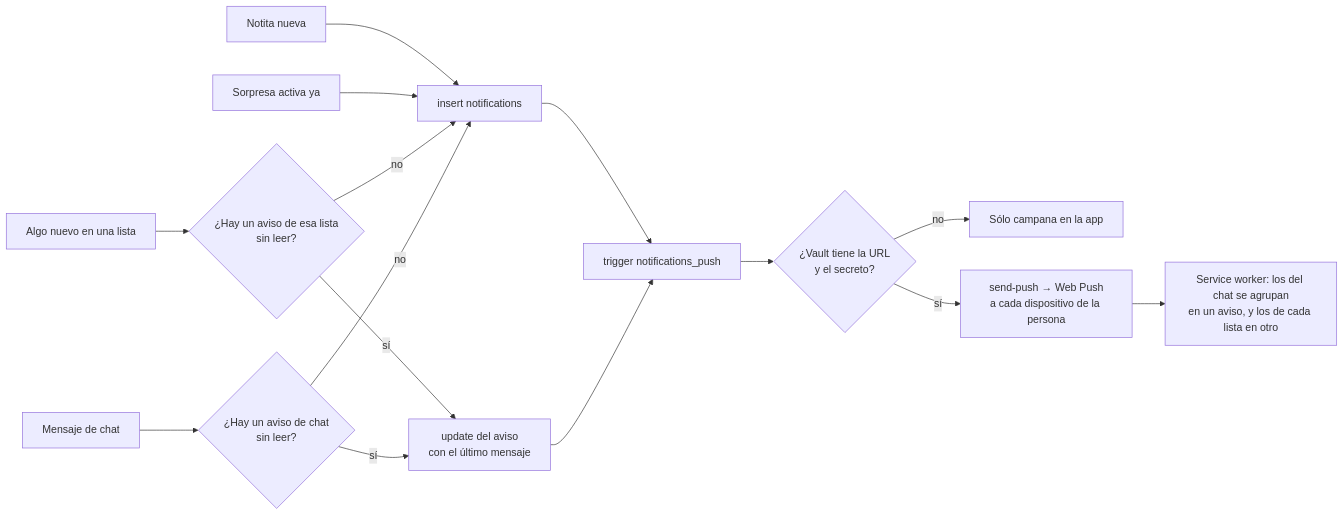
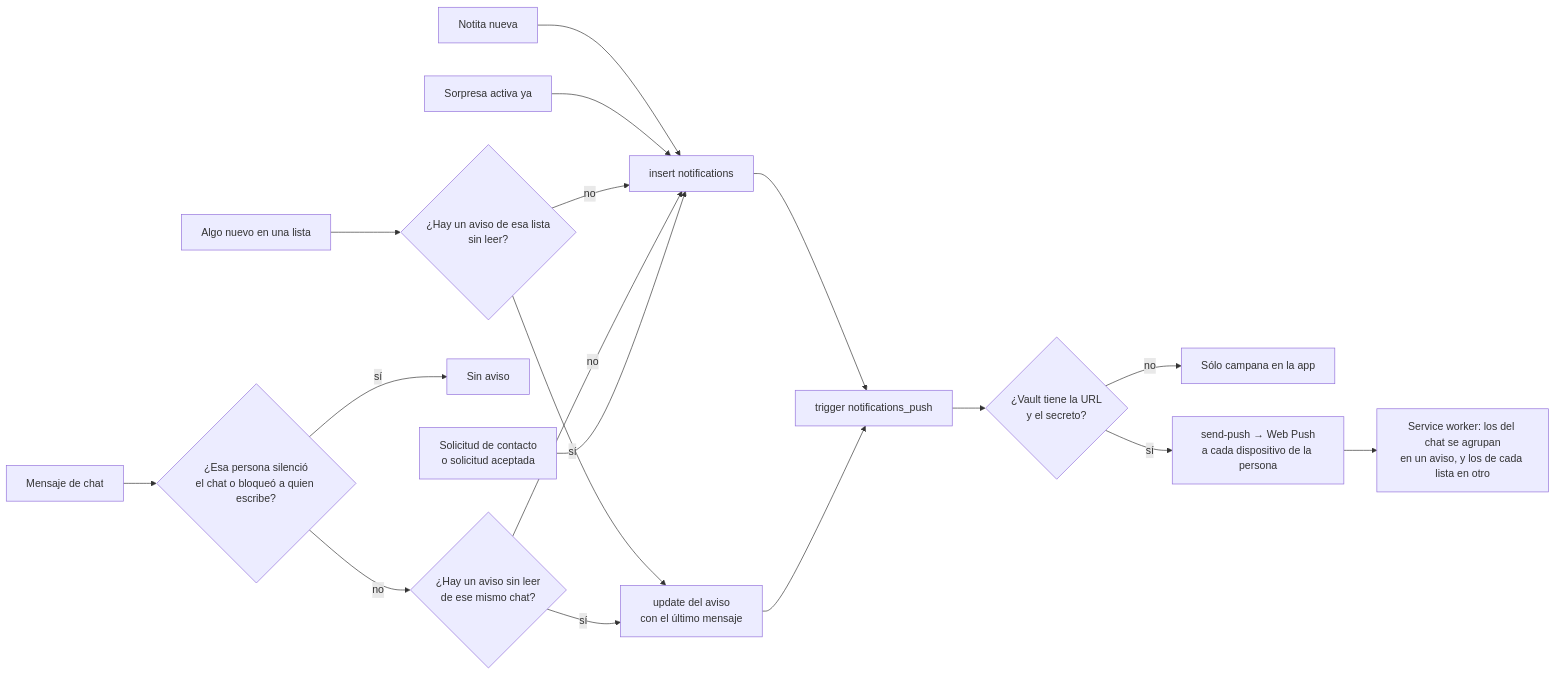
One commit to Juan-Carlos-Estevez-Vargas/Camila-Sanchez changed diagram 21 of 38 in docs/DIAGRAMAS.md. Above: the diagram before and after it, drawn with Mermaid. The commit also changed other lines of this file and 5 other files, not shown here.

First line of the commit message:
docs: diagramas y README de la app de chat

````diff
--- a/docs/DIAGRAMAS.md
+++ b/docs/DIAGRAMAS.md
@@ -354,16 +506,19 @@
 ```mermaid
 flowchart LR
   N["Notita nueva"] --> INS["insert notifications"]
   S["Sorpresa activa ya"] --> INS
   L["Algo nuevo en una lista"] --> QL{"¿Hay un aviso de esa lista<br/>sin leer?"}
   QL -- "no" --> INS
   QL -- "sí" --> UPD
-  C["Mensaje de chat"] --> Q{"¿Hay un aviso de chat<br/>sin leer?"}
+  C["Mensaje de chat"] --> MU{"¿Esa persona silenció<br/>el chat o bloqueó a quien escribe?"}
+  MU -- "sí" --> NADA["Sin aviso"]
+  MU -- "no" --> Q{"¿Hay un aviso sin leer<br/>de ese mismo chat?"}
   Q -- "no" --> INS
+  CR["Solicitud de contacto<br/>o solicitud aceptada"] --> INS
   Q -- "sí" --> UPD["update del aviso<br/>con el último mensaje"]
   INS & UPD --> T["trigger notifications_push"]
   T --> V{"¿Vault tiene la URL<br/>y el secreto?"}
   V -- "no" --> X["Sólo campana en la app"]
   V -- "sí" --> SP["send-push → Web Push<br/>a cada dispositivo de la persona"]
   SP --> SW["Service worker: los del chat se agrupan<br/>en un aviso, y los de cada lista en otro"]
 ```
````
